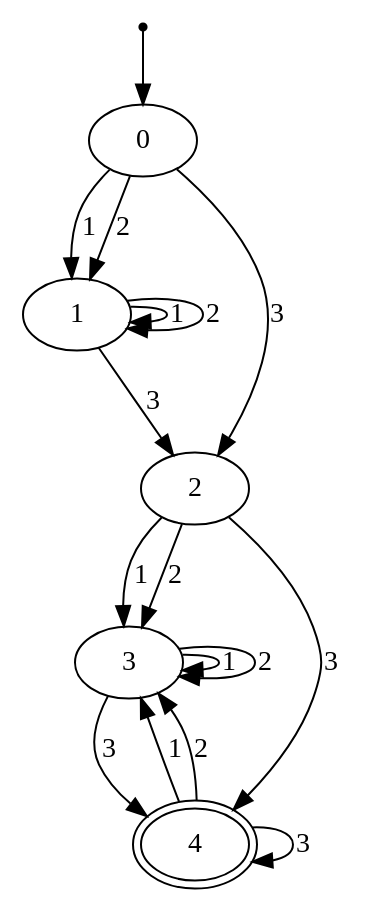
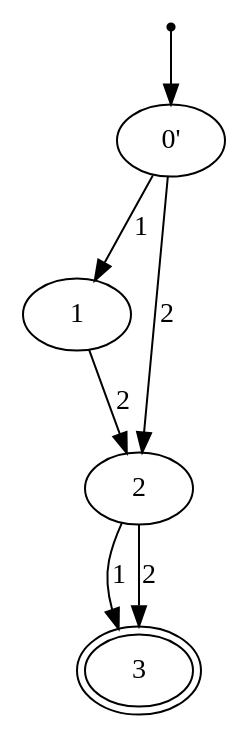
Before and after one commit to kladier/projetTL: the diagram in automate-project/tmp.dot, drawn with Graphviz. The commit also changed 4 other files, not shown here.

```diff
--- a/automate-project/tmp.dot
+++ b/automate-project/tmp.dot
@@ -1,24 +1,13 @@
 digraph a { 
-"F0"[shape=point] ;
-"F0"->"0" ;
-"0"->"1" [label="1"] ;
-"0"->"1" [label="2"] ;
-"0"->"2" [label="3"] ;
+"F0'"[shape=point] ;
+"F0'"->"0'" ;
+"0'"->"1" [label="1"] ;
+"0'"->"2" [label="2"] ;
 "1" ;
-"1"->"1" [label="1"] ;
-"1"->"1" [label="2"] ;
-"1"->"2" [label="3"] ;
+"1"->"2" [label="2"] ;
 "2" ;
 "2"->"3" [label="1"] ;
 "2"->"3" [label="2"] ;
-"2"->"4" [label="3"] ;
-"3" ;
-"3"->"3" [label="1"] ;
-"3"->"3" [label="2"] ;
-"3"->"4" [label="3"] ;
-"4"[peripheries=2] ;
-"4"->"3" [label="1"] ;
-"4"->"3" [label="2"] ;
-"4"->"4" [label="3"] ;
+"3"[peripheries=2] ;
 
  }
```
